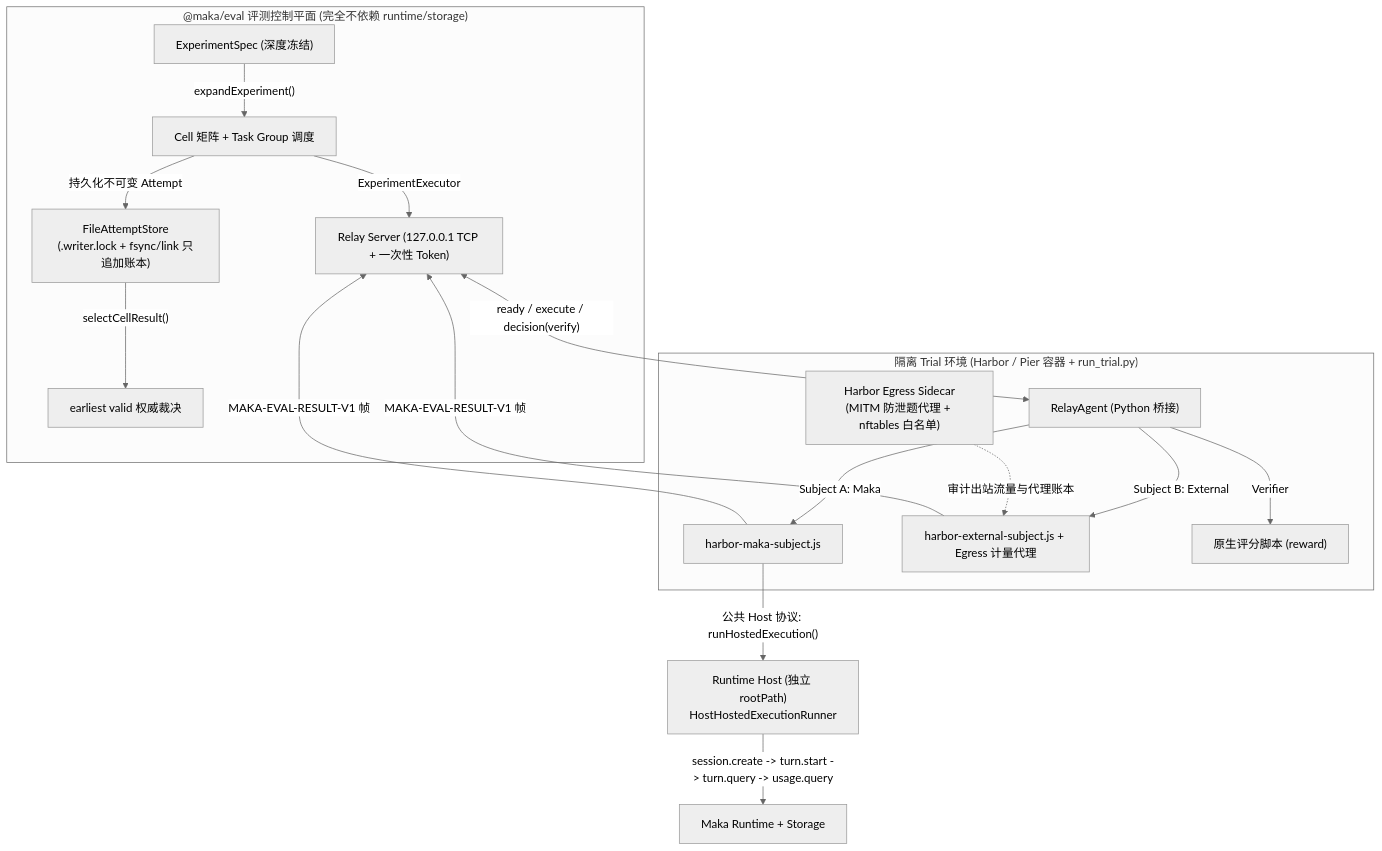
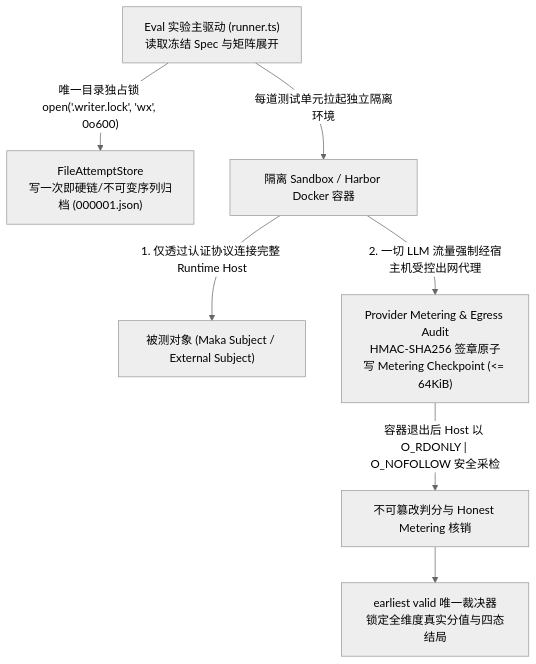
Before and after one commit to suger-m/agent-infrastructure-docs: the diagram in maka-agent-infra/06-operations/evaluation.md, drawn with Mermaid (neutral theme). The commit also changed other lines of this file and 33 other files, not shown here.

Commit message:
docs(ts): overhaul all 32 TS architecture chapters in razor-sharp microkernel style & polish Rust foundations

````diff
--- a/maka-agent-infra/06-operations/evaluation.md
+++ b/maka-agent-infra/06-operations/evaluation.md
@@ -22,22 +19,9 @@
 ```mermaid
 flowchart TB
-    subgraph EvalPlane["@maka/eval 评测控制平面 (完全不依赖 runtime/storage)"]
-        Spec["ExperimentSpec (深度冻结)"] -->|"expandExperiment()"| Matrix["Cell 矩阵 + Task Group 调度"]
-        Matrix -->|"ExperimentExecutor"| Relay["Relay Server (127.0.0.1 TCP + 一次性 Token)"]
-        Store["FileAttemptStore<br/>(.writer.lock + fsync/link 只追加账本)"] -->|"selectCellResult()"| Verdict["earliest valid 权威裁决"]
-    end
-
-    subgraph TrialSandbox["隔离 Trial 环境 (Harbor / Pier 容器 + run_trial.py)"]
-        Relay <-->|"ready / execute / decision(verify)"| PyRelay["RelayAgent (Python 桥接)"]
-        PyRelay -->|"Subject A: Maka"| MakaShim["harbor-maka-subject.js"]
-        PyRelay -->|"Subject B: External"| ExtShim["harbor-external-subject.js + Egress 计量代理"]
-        PyRelay -->|"Verifier"| Verifier["原生评分脚本 (reward)"]
-        NetGuard["Harbor Egress Sidecar<br/>(MITM 防泄题代理 + nftables 白名单)"] -.->|"审计出站流量与代理账本"| ExtShim
-    end
-
-    MakaShim -->|"公共 Host 协议: runHostedExecution()"| HostRunner["Runtime Host (独立 rootPath)<br/>HostHostedExecutionRunner"]
-    HostRunner -->|"session.create -> turn.start -> turn.query -> usage.query"| Core["Maka Runtime + Storage"]
-    ExtShim -->|"MAKA-EVAL-RESULT-V1 帧"| Relay
-    MakaShim -->|"MAKA-EVAL-RESULT-V1 帧"| Relay
-    Matrix -->|"持久化不可变 Attempt"| Store
+    Runner["Eval 实验主驱动 (runner.ts)<br/>读取冻结 Spec 与矩阵展开"] -->|"唯一目录独占锁 open('.writer.lock', 'wx', 0o600)"| Store["FileAttemptStore<br/>写一次即硬链/不可变序列归档 (000001.json)"]
+    Runner -->|"每道测试单元拉起独立隔离环境"| Container["隔离 Sandbox / Harbor Docker 容器"]
+    Container -->|"1. 仅透过认证协议连接完整 Runtime Host"| Subject["被测对象 (Maka Subject / External Subject)"]
+    Container -->|"2. 一切 LLM 流量强制经宿主机受控出网代理"| Proxy["Provider Metering & Egress Audit<br/>HMAC-SHA256 签章原子写 Metering Checkpoint (<= 64KiB)"]
+    Proxy -->|"容器退出后 Host 以 O_RDONLY | O_NOFOLLOW 安全采检"| Judge["不可篡改判分与 Honest Metering 核销"]
+    Judge --> Rules["earliest valid 唯一裁决器<br/>锁定全维度真实分值与四态结局"]
 ```
````
